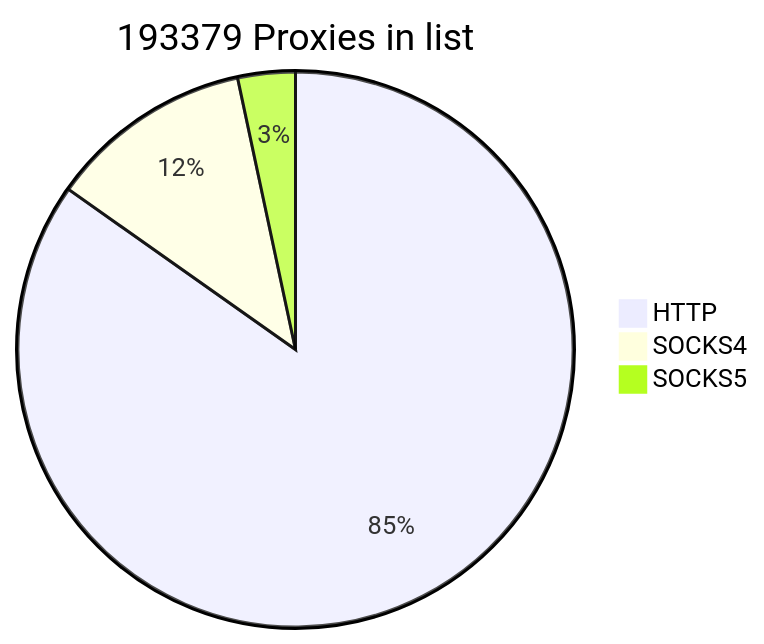
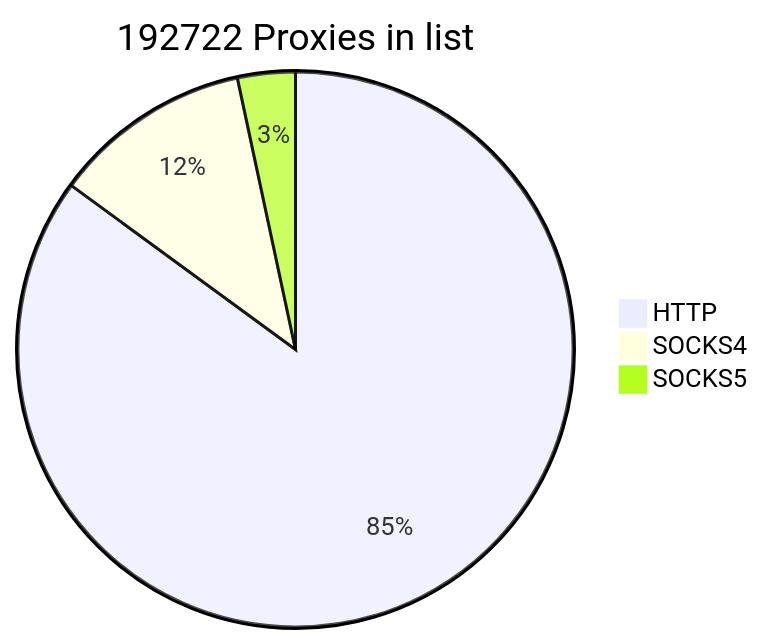
Before and after one commit to cutipu/proxylist: the first of 2 diagrams in README.md, drawn with Mermaid. The commit also changed other lines of this file, not shown here.

````diff
--- a/README.md
+++ b/README.md
@@ -2,7 +2,7 @@
 ```mermaid
-pie title 193379 Proxies in list
-    "HTTP" : 163949
-    "SOCKS4" : 22964
-    "SOCKS5" : 6466
+pie title 192722 Proxies in list
+    "HTTP" : 163922
+    "SOCKS4" : 22330
+    "SOCKS5" : 6470
             
 ```
````
